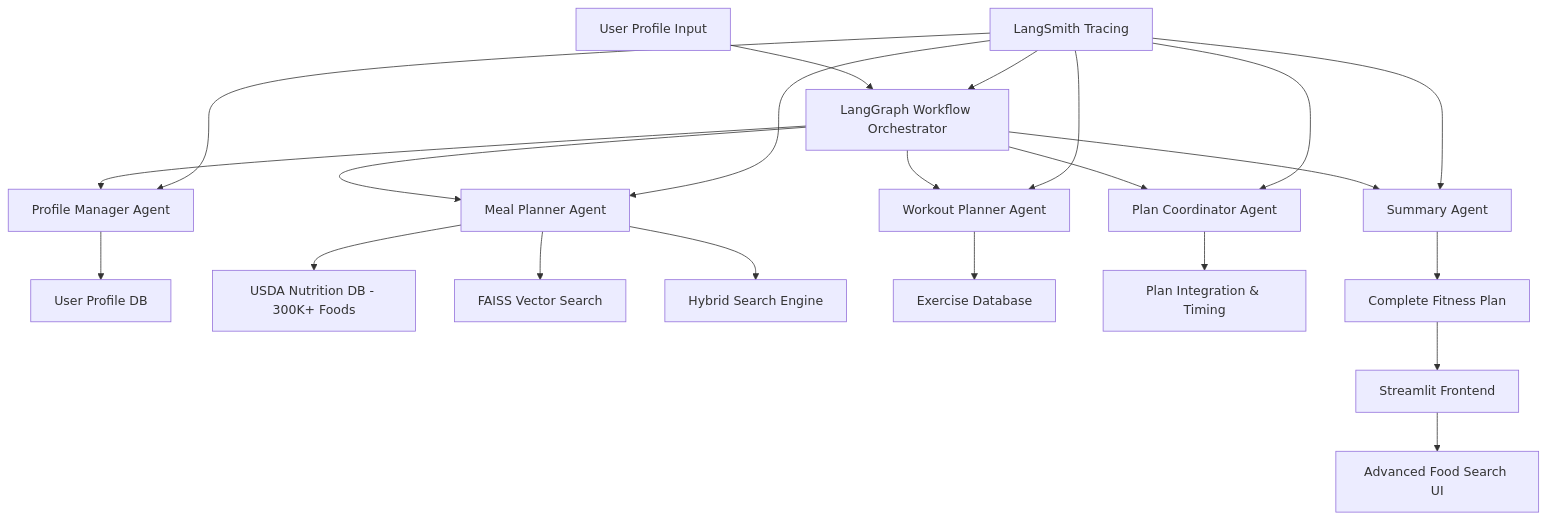
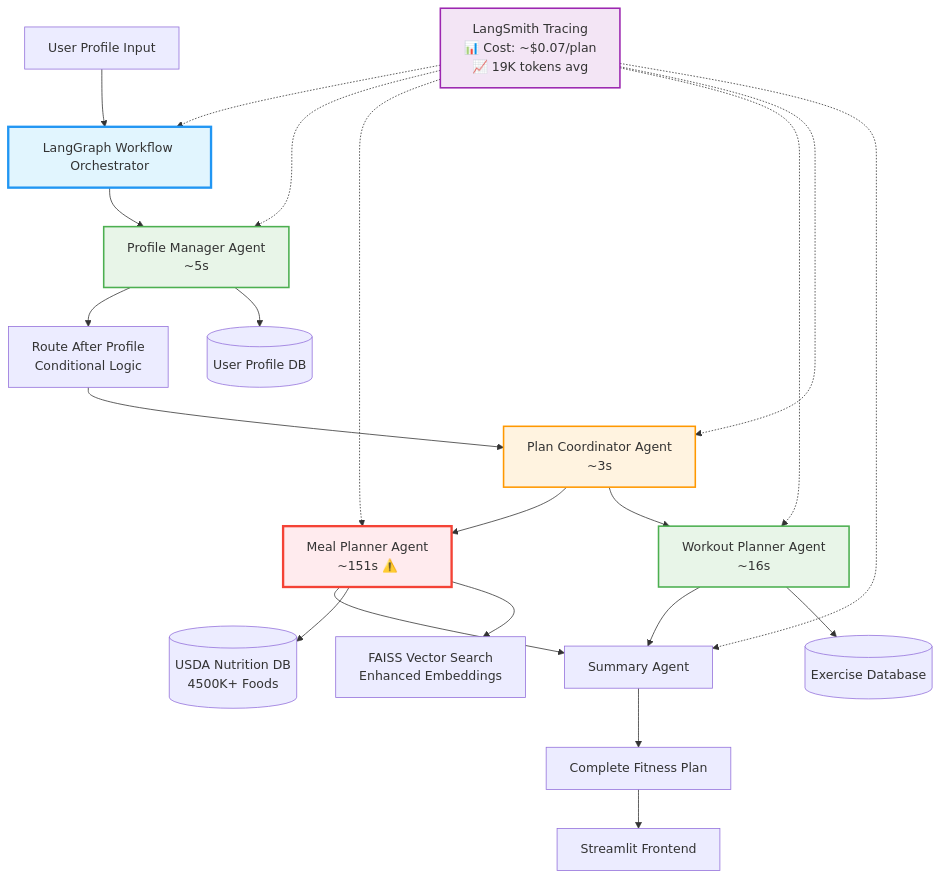
Before and after one commit to zen-apps/ai-fitness-planner: the diagram in ARCHITECTURE.md, drawn with Mermaid. The commit also changed other lines of this file, not shown here.

Commit message:
food count

````diff
--- a/ARCHITECTURE.md
+++ b/ARCHITECTURE.md
@@ -27,27 +27,37 @@
 ```mermaid
-graph TD
+graph TB
     A[User Profile Input] --> B[LangGraph Workflow Orchestrator]
-    B --> C[Profile Manager Agent]
-    B --> D[Meal Planner Agent]
-    B --> E[Workout Planner Agent]
-    B --> F[Plan Coordinator Agent]
-    B --> G[Summary Agent]
+    B --> C[Profile Manager Agent<br/>~5s]
+    C --> H[Route After Profile<br/>Conditional Logic]
+    H --> F[Plan Coordinator Agent<br/>~3s]
     
-    C --> H[User Profile DB]
-    D --> I[USDA Nutrition DB - 300K+ Foods]
-    D --> J[FAISS Vector Search]
-    D --> K[Hybrid Search Engine]
-    E --> L[Exercise Database]
+    F --> D[Meal Planner Agent<br/>~151s ⚠️]
+    F --> E[Workout Planner Agent<br/>~16s]
     
-    F --> M[Plan Integration & Timing]
-    G --> N[Complete Fitness Plan]
-    N --> O[Streamlit Frontend]
-    O --> P[Advanced Food Search UI]
+    D --> G[Summary Agent]
+    E --> G
+    G --> M[Complete Fitness Plan]
+    M --> N[Streamlit Frontend]
     
-    Q[LangSmith Tracing] --> B
-    Q --> C
-    Q --> D
-    Q --> E
-    Q --> F
-    Q --> G
+    %% Data Sources
+    C --> I[(User Profile DB)]
+    D --> J[(USDA Nutrition DB<br/>4500K+ Foods)]
+    D --> K[FAISS Vector Search<br/>Enhanced Embeddings]
+    E --> L[(Exercise Database)]
+    
+    %% Observability
+    O[LangSmith Tracing<br/>📊 Cost: ~$0.07/plan<br/>📈 19K tokens avg] -.-> B
+    O -.-> C
+    O -.-> D
+    O -.-> E
+    O -.-> F
+    O -.-> G
+    
+    %% Performance Indicators
+    style D fill:#ffebee,stroke:#f44336,stroke-width:3px
+    style E fill:#e8f5e8,stroke:#4caf50,stroke-width:2px
+    style C fill:#e8f5e8,stroke:#4caf50,stroke-width:2px
+    style F fill:#fff3e0,stroke:#ff9800,stroke-width:2px
+    style O fill:#f3e5f5,stroke:#9c27b0,stroke-width:2px
+    style B fill:#e1f5fe,stroke:#2196f3,stroke-width:3px
 ```
````
